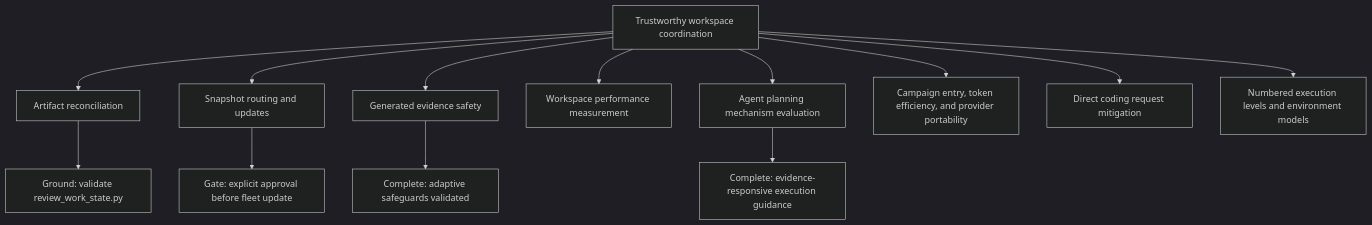
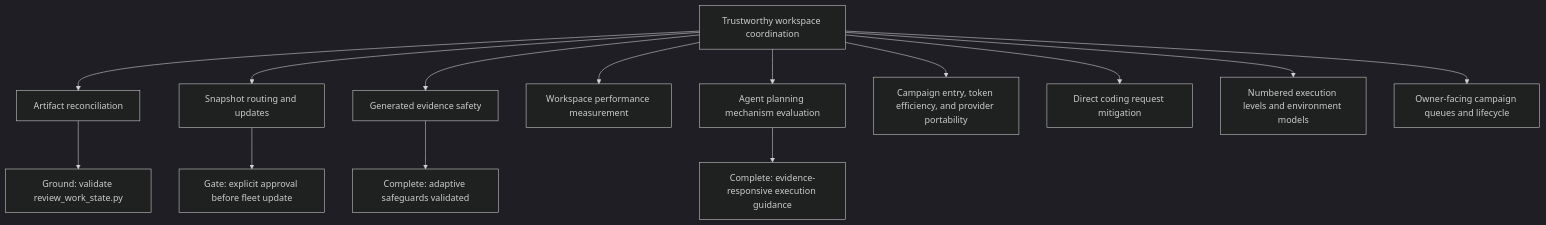
One commit to PC-Redemption/tool_shed changed the diagram in work/maps/map-tool-shed-evolution.md. Above: the diagram before and after it, drawn with Mermaid (dark theme). The commit also changed other lines of this file and 25 other files, not shown here.

Commit message:
Add owner-facing campaign lifecycle

````diff
--- a/work/maps/map-tool-shed-evolution.md
+++ b/work/maps/map-tool-shed-evolution.md
@@ -15,15 +15,16 @@
 ```mermaid
 flowchart TD
   A[Trustworthy workspace coordination] --> B[Artifact reconciliation]
   A --> C[Snapshot routing and updates]
   A --> F[Generated evidence safety]
   A --> H[Workspace performance measurement]
   A --> I[Agent planning mechanism evaluation]
   A --> K[Campaign entry, token efficiency, and provider portability]
   A --> L[Direct coding request mitigation]
   A --> M[Numbered execution levels and environment models]
+  A --> N[Owner-facing campaign queues and lifecycle]
   I --> J[Complete: evidence-responsive execution guidance]
   B --> D[Ground: validate review_work_state.py]
   C --> E[Gate: explicit approval before fleet update]
   F --> G[Complete: adaptive safeguards validated]
 ```
````
